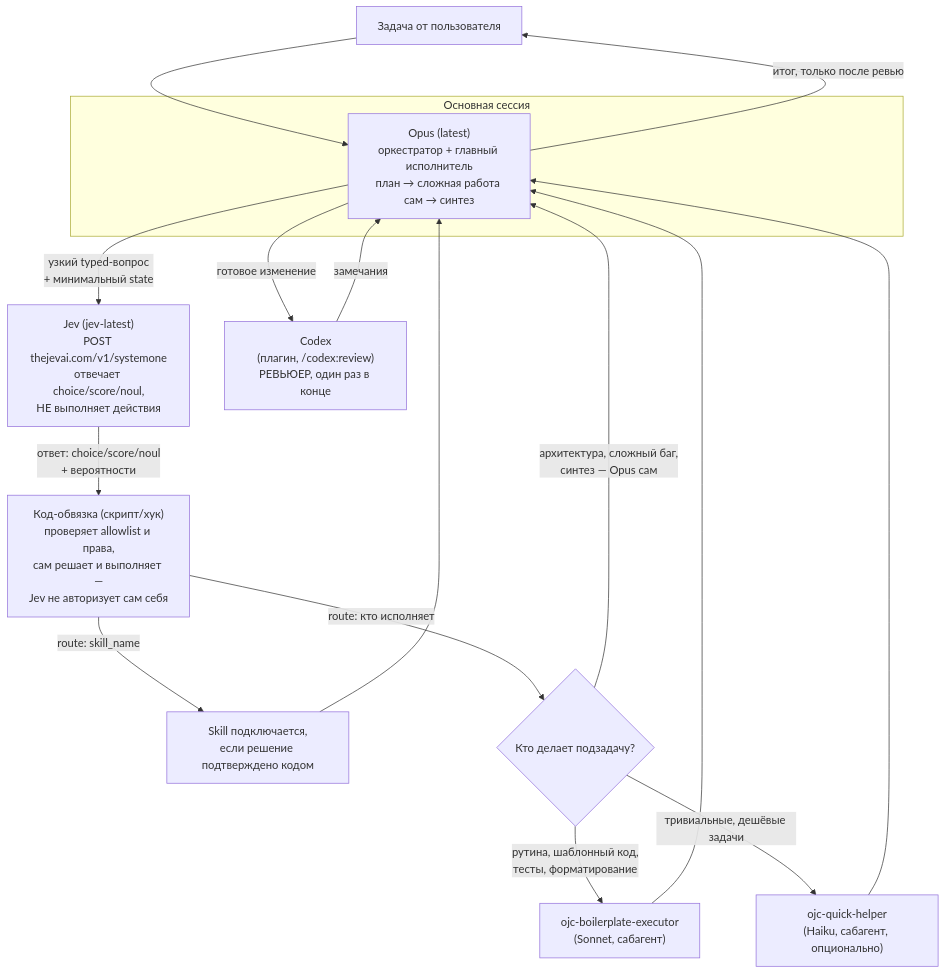
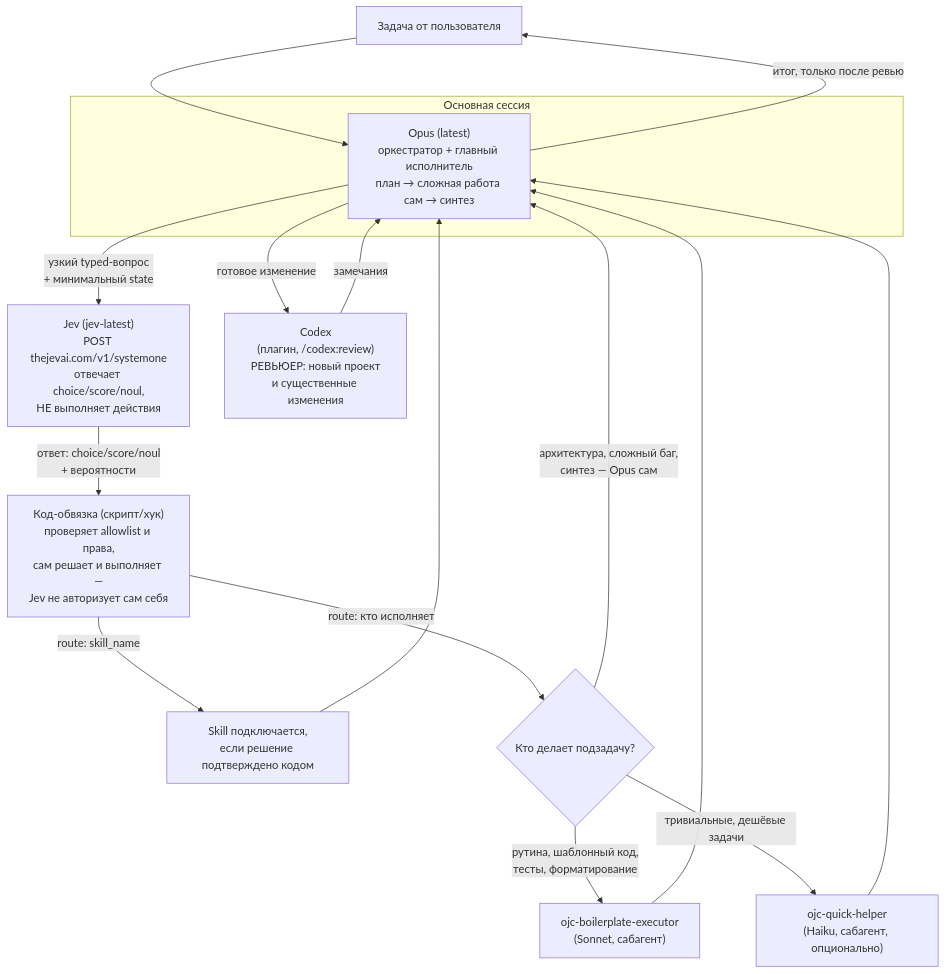
The diagram in README.md (Lightwell-bg/agents_cc_codex), drawn with Mermaid before and after one commit. The commit also changed other lines of this file and 3 other files, not shown here.

````diff
--- a/README.md
+++ b/README.md
@@ -19,27 +19,27 @@
 ```mermaid
 flowchart TD
     U["Задача от пользователя"] --> O
 
     subgraph MAIN["Основная сессия"]
         O["Opus (latest)<br/>оркестратор + главный исполнитель<br/>план → сложная работа сам → синтез"]
     end
 
     O -->|"узкий typed-вопрос<br/>+ минимальный state"| J["Jev (jev-latest)<br/>POST thejevai.com/v1/systemone<br/>отвечает choice/score/noul,<br/>НЕ выполняет действия"]
 
     J -->|"ответ: choice/score/noul<br/>+ вероятности"| CODE["Код-обвязка (скрипт/хук)<br/>проверяет allowlist и права,<br/>сам решает и выполняет —<br/>Jev не авторизует сам себя"]
 
     CODE -->|"route: skill_name"| SK["Skill подключается,<br/>если решение подтверждено кодом"]
     CODE -->|"route: кто исполняет"| ROUTE{"Кто делает подзадачу?"}
 
     ROUTE -->|"архитектура, сложный баг,<br/>синтез — Opus сам"| O
     ROUTE -->|"рутина, шаблонный код,<br/>тесты, форматирование"| B["ojc-boilerplate-executor<br/>(Sonnet, сабагент)"]
     ROUTE -->|"тривиальные, дешёвые задачи"| Q["ojc-quick-helper<br/>(Haiku, сабагент, опционально)"]
 
     B --> O
     Q --> O
     SK --> O
 
-    O -->|"готовое изменение"| C["Codex<br/>(плагин, /codex:review)<br/>РЕВЬЮЕР, один раз в конце"]
+    O -->|"готовое изменение"| C["Codex<br/>(плагин, /codex:review)<br/>РЕВЬЮЕР: новый проект<br/>и существенные изменения"]
     C -->|"замечания"| O
     O -->|"итог, только после ревью"| U
 ```
````
